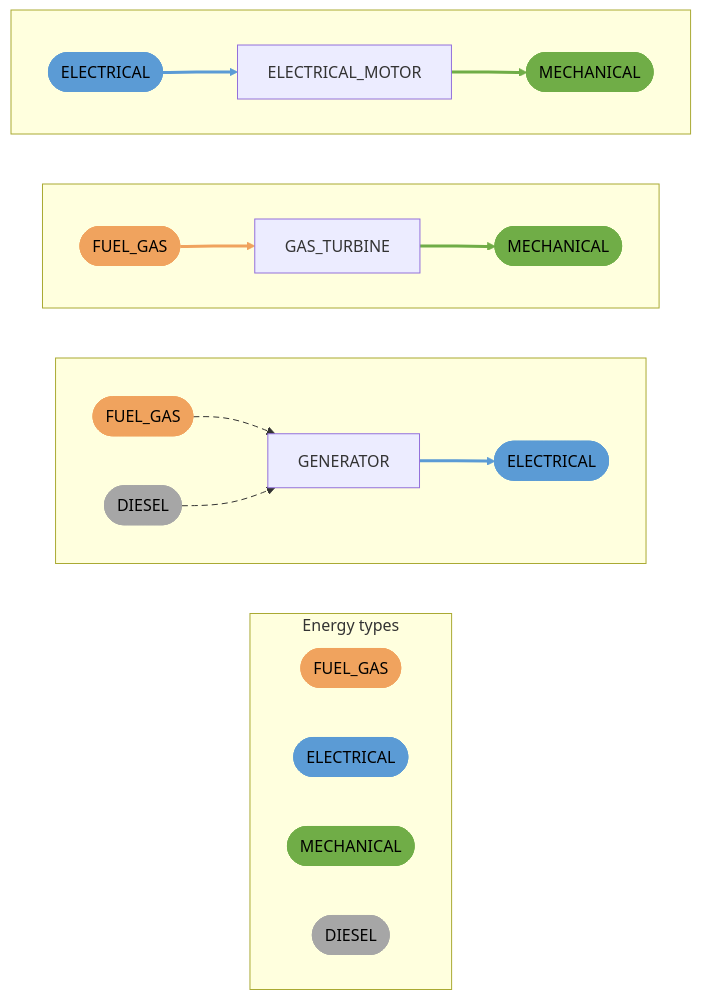
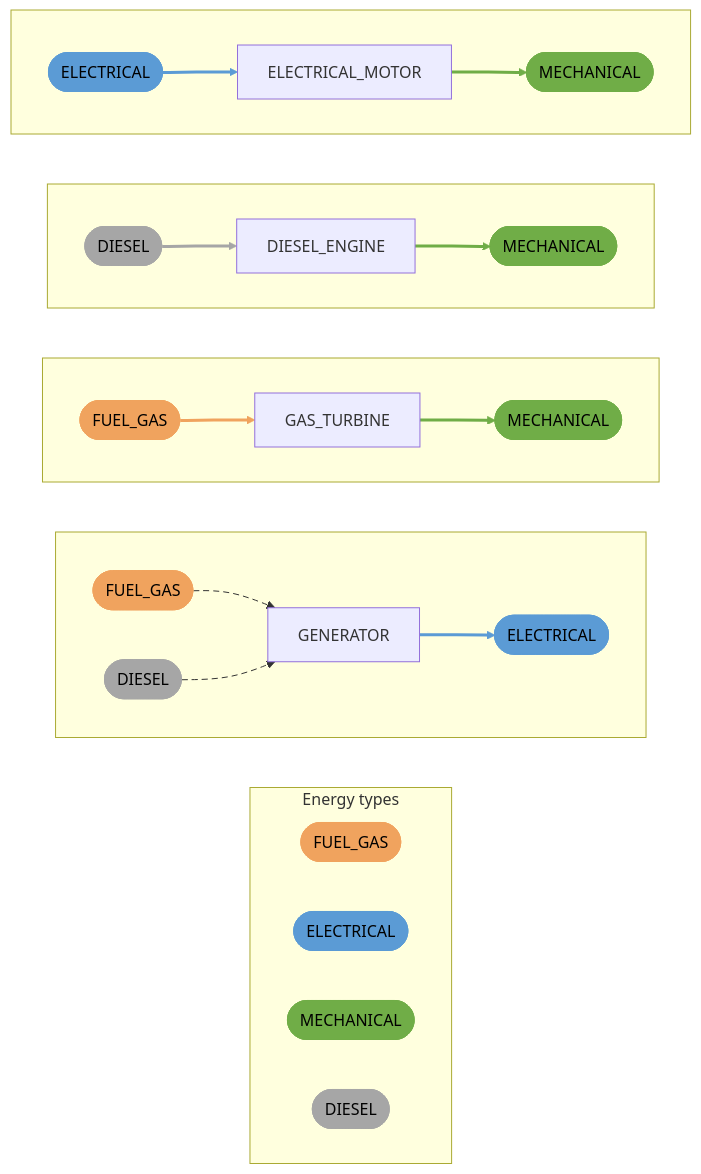
The diagram in docs/docs/about/nextgen/energy-units/converters.mdx (equinor/ecalc), drawn with Mermaid before and after one commit. The commit also changed 19 other files, not shown here.

Commit message:
feat(libecalc.core): add DIESEL_ENGINE sibling to GAS_TURBINE

````diff
--- a/docs/docs/about/nextgen/energy-units/converters.mdx
+++ b/docs/docs/about/nextgen/energy-units/converters.mdx
@@ -11,42 +11,48 @@
 ```mermaid
 graph LR
     subgraph legend ["Energy types"]
         direction LR
         legend_FUEL_GAS(["FUEL_GAS"])
         legend_ELECTRICAL(["ELECTRICAL"])
         legend_MECHANICAL(["MECHANICAL"])
         legend_DIESEL(["DIESEL"])
     end
     subgraph box_GENERATOR [" "]
         direction LR
         GENERATOR["GENERATOR"]
         GENERATOR_in0_FUEL_GAS(["FUEL_GAS"]) -.-> GENERATOR
         GENERATOR_in0_DIESEL(["DIESEL"]) -.-> GENERATOR
         GENERATOR --> GENERATOR_out0_ELECTRICAL(["ELECTRICAL"])
     end
     subgraph box_GAS_TURBINE [" "]
         direction LR
         GAS_TURBINE["GAS_TURBINE"]
         GAS_TURBINE_in0_FUEL_GAS(["FUEL_GAS"]) --> GAS_TURBINE
         GAS_TURBINE --> GAS_TURBINE_out0_MECHANICAL(["MECHANICAL"])
     end
+    subgraph box_DIESEL_ENGINE [" "]
+        direction LR
+        DIESEL_ENGINE["DIESEL_ENGINE"]
+        DIESEL_ENGINE_in0_DIESEL(["DIESEL"]) --> DIESEL_ENGINE
+        DIESEL_ENGINE --> DIESEL_ENGINE_out0_MECHANICAL(["MECHANICAL"])
+    end
     subgraph box_ELECTRICAL_MOTOR [" "]
         direction LR
         ELECTRICAL_MOTOR["ELECTRICAL_MOTOR"]
         ELECTRICAL_MOTOR_in0_ELECTRICAL(["ELECTRICAL"]) --> ELECTRICAL_MOTOR
         ELECTRICAL_MOTOR --> ELECTRICAL_MOTOR_out0_MECHANICAL(["MECHANICAL"])
     end
     classDef FUEL_GAS fill:#f0a35e,stroke:#f0a35e,color:#000
     class legend_FUEL_GAS,GENERATOR_in0_FUEL_GAS,GAS_TURBINE_in0_FUEL_GAS FUEL_GAS
     linkStyle 0,3 stroke:#f0a35e,stroke-width:3px
     classDef ELECTRICAL fill:#5b9bd5,stroke:#5b9bd5,color:#000
     class legend_ELECTRICAL,GENERATOR_out0_ELECTRICAL,ELECTRICAL_MOTOR_in0_ELECTRICAL ELECTRICAL
-    linkStyle 2,5 stroke:#5b9bd5,stroke-width:3px
+    linkStyle 2,7 stroke:#5b9bd5,stroke-width:3px
     classDef MECHANICAL fill:#70ad47,stroke:#70ad47,color:#000
-    class legend_MECHANICAL,GAS_TURBINE_out0_MECHANICAL,ELECTRICAL_MOTOR_out0_MECHANICAL MECHANICAL
-    linkStyle 4,6 stroke:#70ad47,stroke-width:3px
+    class legend_MECHANICAL,GAS_TURBINE_out0_MECHANICAL,DIESEL_ENGINE_out0_MECHANICAL,ELECTRICAL_MOTOR_out0_MECHANICAL MECHANICAL
+    linkStyle 4,6,8 stroke:#70ad47,stroke-width:3px
     classDef DIESEL fill:#a6a6a6,stroke:#a6a6a6,color:#000
-    class legend_DIESEL,GENERATOR_in0_DIESEL DIESEL
-    linkStyle 1 stroke:#a6a6a6,stroke-width:3px
+    class legend_DIESEL,GENERATOR_in0_DIESEL,DIESEL_ENGINE_in0_DIESEL DIESEL
+    linkStyle 1,5 stroke:#a6a6a6,stroke-width:3px
     linkStyle 0,1 stroke-dasharray:6 4
 ```
````
